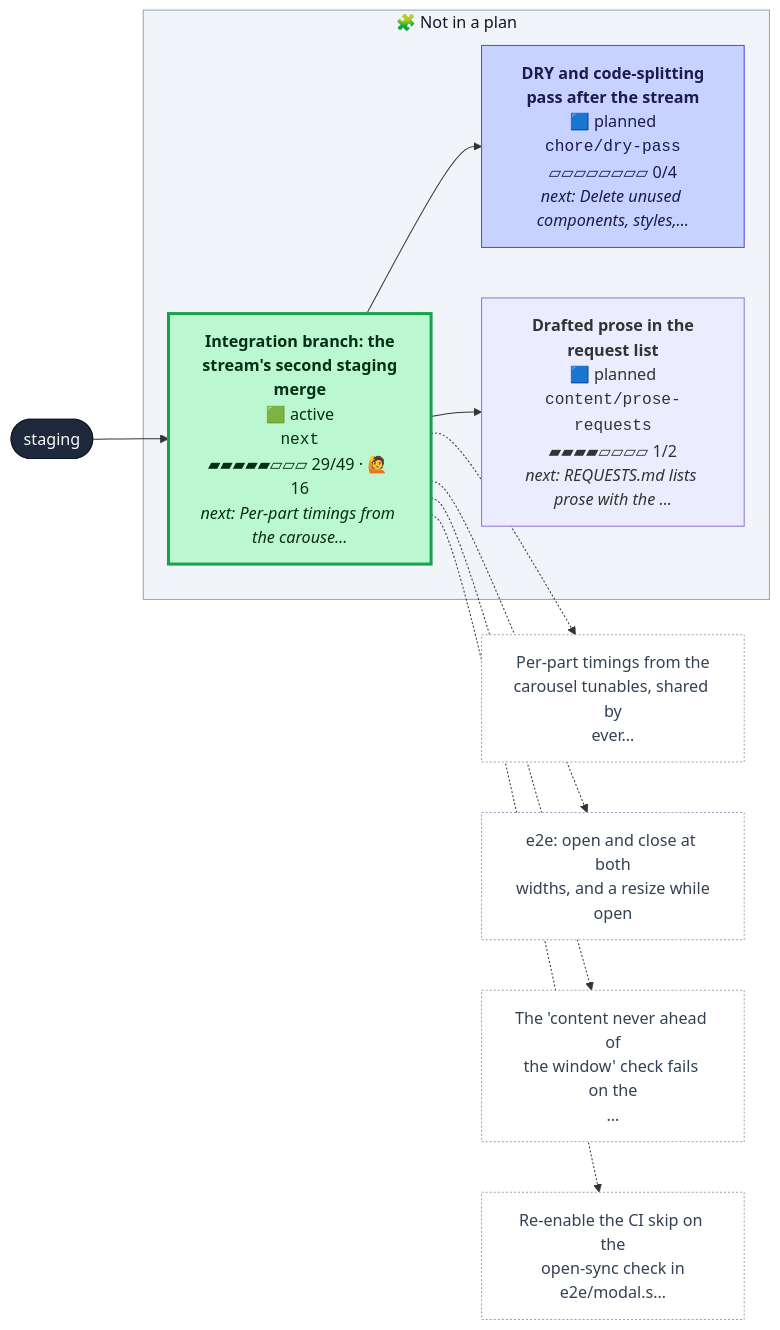
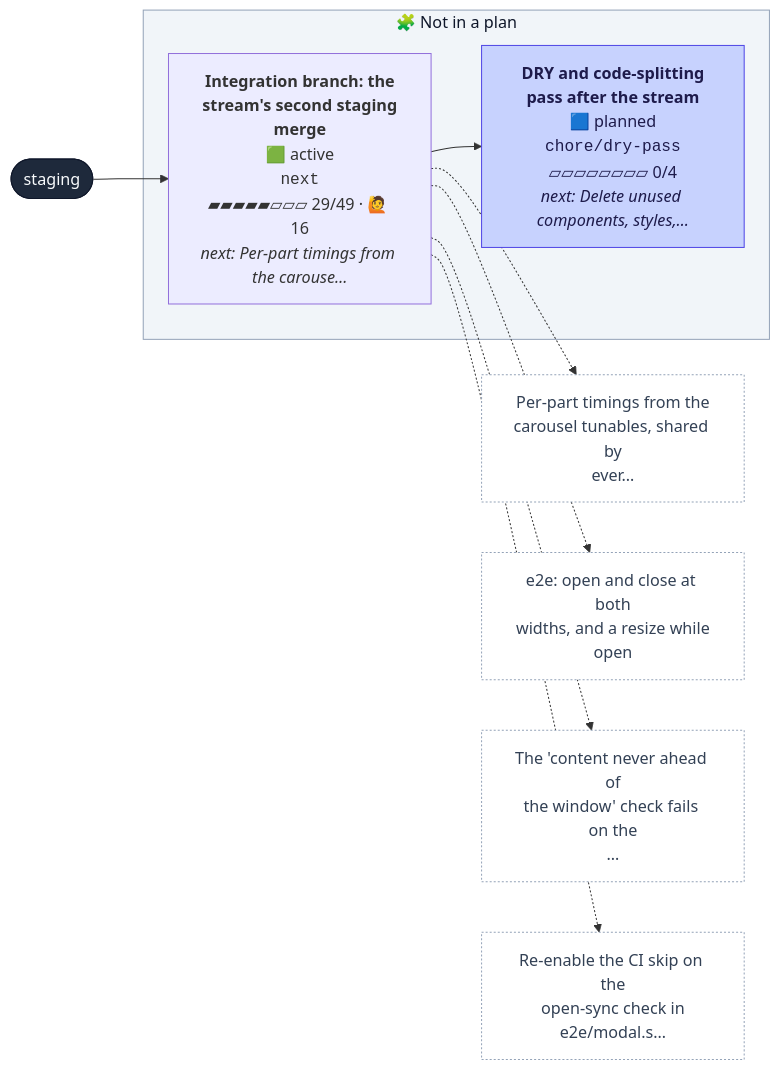
Before and after one commit to henryjonescodes/portfolio: the first of 2 diagrams in CONTRIBUTING.md, drawn with Mermaid. The commit also changed other lines of this file and 2 other files, not shown here.

````diff
--- a/CONTRIBUTING.md
+++ b/CONTRIBUTING.md
@@ -16,38 +16,35 @@
 ```mermaid
 flowchart LR
   n_staging([staging])
   class n_staging trunk
   subgraph loose["🧩 Not in a plan"]
     n_chore_dry_pass["<b>DRY and code-splitting<br/>pass after the stream</b><br/>🟦 planned<br/><code>chore/dry-pass</code><br/>▱▱▱▱▱▱▱▱ 0/4<br/><i>next: Delete unused components, styles,…</i>"]
     class n_chore_dry_pass planned
-    n_content_prose_requests["<b>Drafted prose in the<br/>request list</b><br/>🟦 planned<br/><code>content/prose-requests</code><br/>▰▰▰▰▱▱▱▱ 1/2<br/><i>next: REQUESTS.md lists prose with the …</i>"]
-    class n_content_prose_requests planned,current
     n_next["<b>Integration branch: the<br/>stream's second staging<br/>merge</b><br/>🟩 active<br/><code>next</code><br/>▰▰▰▰▰▱▱▱ 29/49 · 🙋 16<br/><i>next: Per-part timings from the carouse…</i>"]
-    class n_next active
+    class n_next active,current
   end
   style loose fill:#f1f5f9,stroke:#94a3b8,color:#0f172a
   n_next --> n_chore_dry_pass
-  n_next --> n_content_prose_requests
   n_staging --> n_next
   n_next_t0["Per-part timings from the<br/>carousel tunables, shared by<br/>ever…"]
   class n_next_t0 todo
   n_next -.-> n_next_t0
   n_next_t1["e2e: open and close at both<br/>widths, and a resize while<br/>open"]
   class n_next_t1 todo
   n_next -.-> n_next_t1
   n_next_t2["The 'content never ahead of<br/>the window' check fails on the<br/>…"]
   class n_next_t2 todo
   n_next -.-> n_next_t2
   n_next_t3["Re-enable the CI skip on the<br/>open-sync check in<br/>e2e/modal.s…"]
   class n_next_t3 todo
   n_next -.-> n_next_t3
   classDef merged fill:#dcfce7,stroke:#16a34a,color:#052e16
   classDef todo fill:#ffffff,stroke:#94a3b8,stroke-dasharray:2 2,color:#334155
   classDef planned fill:#c7d2fe,stroke:#4f46e5,color:#1e1b4b
   classDef sketched fill:#f8fafc,stroke:#64748b,stroke-dasharray:4 3,color:#334155
   classDef active fill:#bbf7d0,stroke:#16a34a,stroke-width:3px,color:#052e16
   classDef review fill:#fde68a,stroke:#d97706,stroke-width:3px,color:#451a03
   classDef blocked fill:#fecaca,stroke:#dc2626,stroke-width:3px,color:#450a0a
   classDef trunk fill:#1e293b,stroke:#0f172a,color:#f8fafc
   classDef current stroke:#0ea5e9,stroke-width:5px
 ```
````
